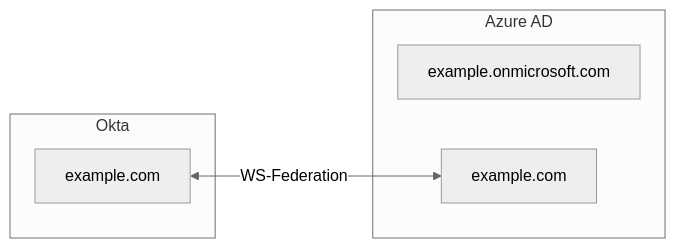
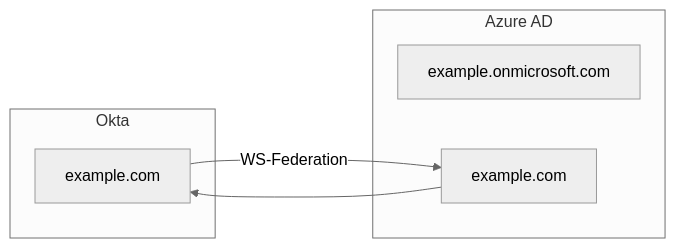
One commit to thdy/zenn-contents changed the diagram in articles/okta_azuread_integrations.md. Above: the diagram before and after it, drawn with Mermaid (neutral theme).

Commit message:
article postscript

````diff
--- a/articles/okta_azuread_integrations.md
+++ b/articles/okta_azuread_integrations.md
@@ -21,11 +21,12 @@
 ```mermaid
 graph LR
     subgraph Okta
       o1[example.com]
     end
     subgraph Azure AD
       a0[example.onmicrosoft.com]
       a1[example.com]
     end
-    o1<--WS-Federation-->a1
+    o1--WS-Federation-->a1
+    a1-->o1
 ```
````
